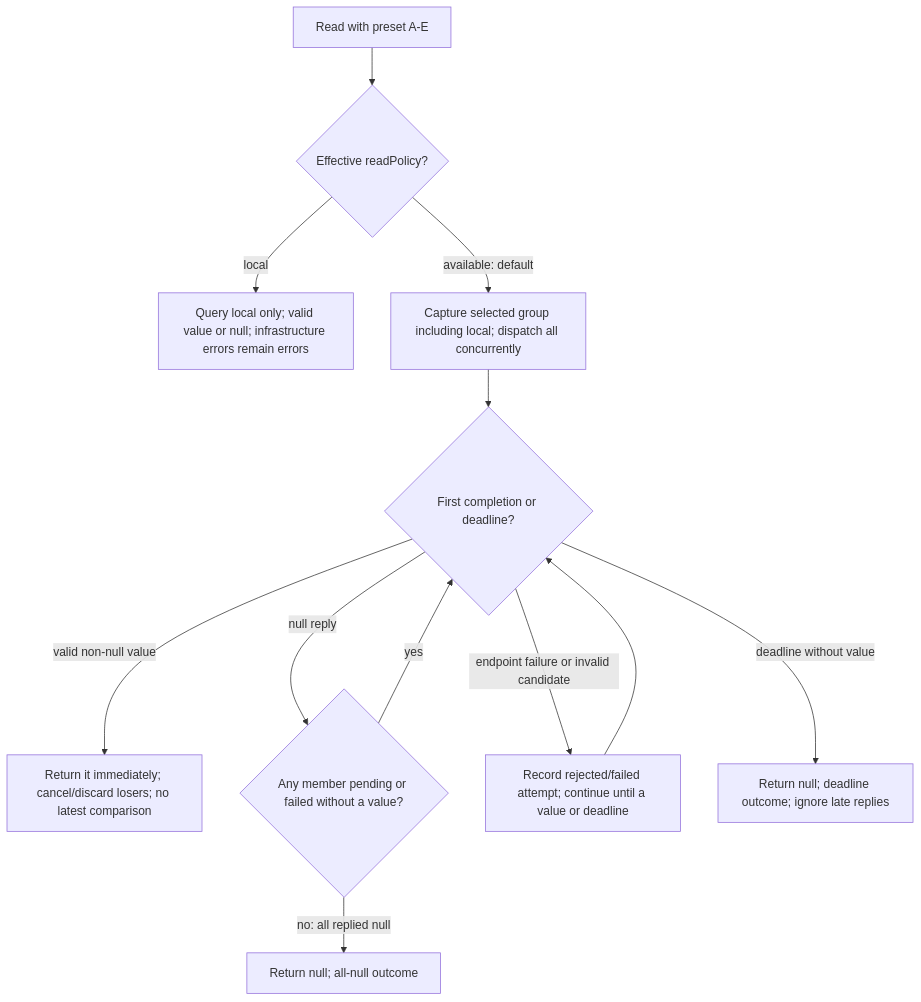
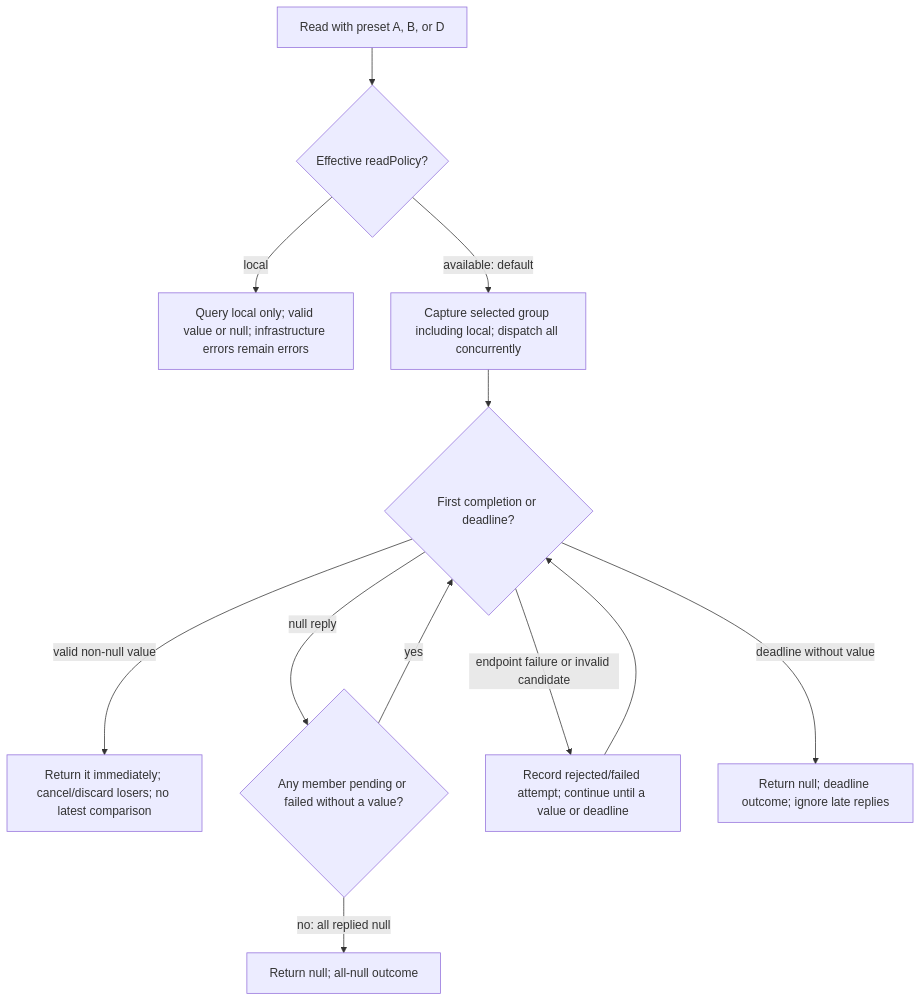
Before and after one commit to alberttwong/redis-multi-region-adapter: the fourth of 4 diagrams in decisions.md, drawn with Mermaid. The commit also changed other lines of this file and 13 other files, not shown here.

````diff
--- a/decisions.md
+++ b/decisions.md
@@ -83,14 +55,14 @@
 ```mermaid
 flowchart TD
-    Read["Read with preset A-E"] --> Policy{"Effective readPolicy?"}
+    Read["Read with preset A, B, or D"] --> Policy{"Effective readPolicy?"}
     Policy -->|local| Local["Query local only; valid value or null; infrastructure errors remain errors"]
     Policy -->|available: default| Group["Capture selected group including local; dispatch all concurrently"]
     Group --> Race{"First completion or deadline?"}
     Race -->|valid non-null value| Winner["Return it immediately; cancel/discard losers; no latest comparison"]
     Race -->|null reply| Pending{"Any member pending or failed without a value?"}
     Pending -->|yes| Race
     Pending -->|no: all replied null| Empty["Return null; all-null outcome"]
     Race -->|endpoint failure or invalid candidate| Continue["Record rejected/failed attempt; continue until a value or deadline"]
     Continue --> Race
     Race -->|deadline without value| Timeout["Return null; deadline outcome; ignore late replies"]
 ```
````
